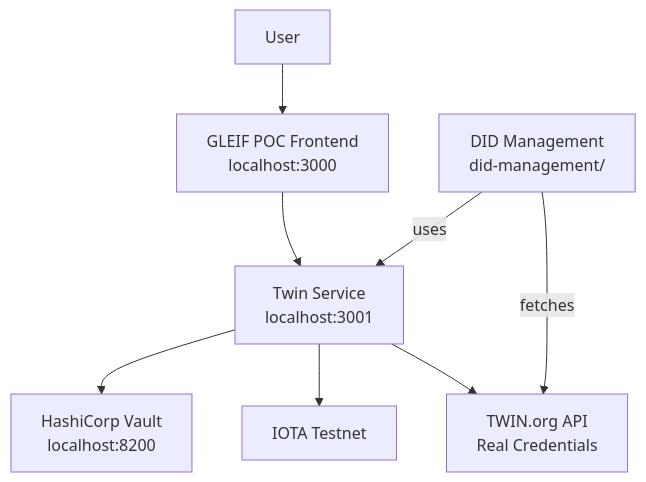
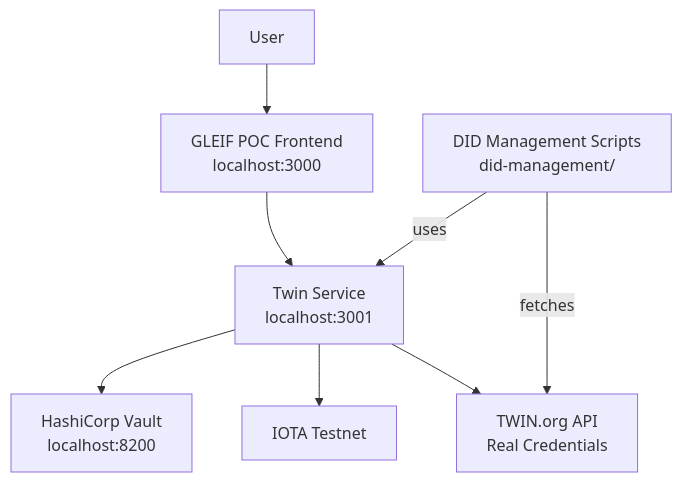
The diagram in README.md (gtscio/gleif-poc), drawn with Mermaid before and after one commit. The commit also changed other lines of this file and 1 other file, not shown here.

````diff
--- a/README.md
+++ b/README.md
@@ -58,10 +22,10 @@
 ```mermaid
 graph TD
-    A[User] --> B[GLEIF POC Frontend<br/>localhost:3000]
-    B --> C[Twin Service<br/>localhost:3001]
-    C --> D[HashiCorp Vault<br/>localhost:8200]
-    C --> E[IOTA Testnet]
-    C --> F[TWIN.org API<br/>Real Credentials]
-    G[DID Management<br/>did-management/] -->|uses| C
-    G -->|fetches| F
+    A[User] --> B[GLEIF POC Frontend<br/>localhost:3000];
+    B --> C[Twin Service<br/>localhost:3001];
+    C --> D[HashiCorp Vault<br/>localhost:8200];
+    C --> E[IOTA Testnet];
+    C --> F[TWIN.org API<br/>Real Credentials];
+    G[DID Management Scripts<br/>did-management/] -->|uses| C;
+    G -->|fetches| F;
 ```
````
